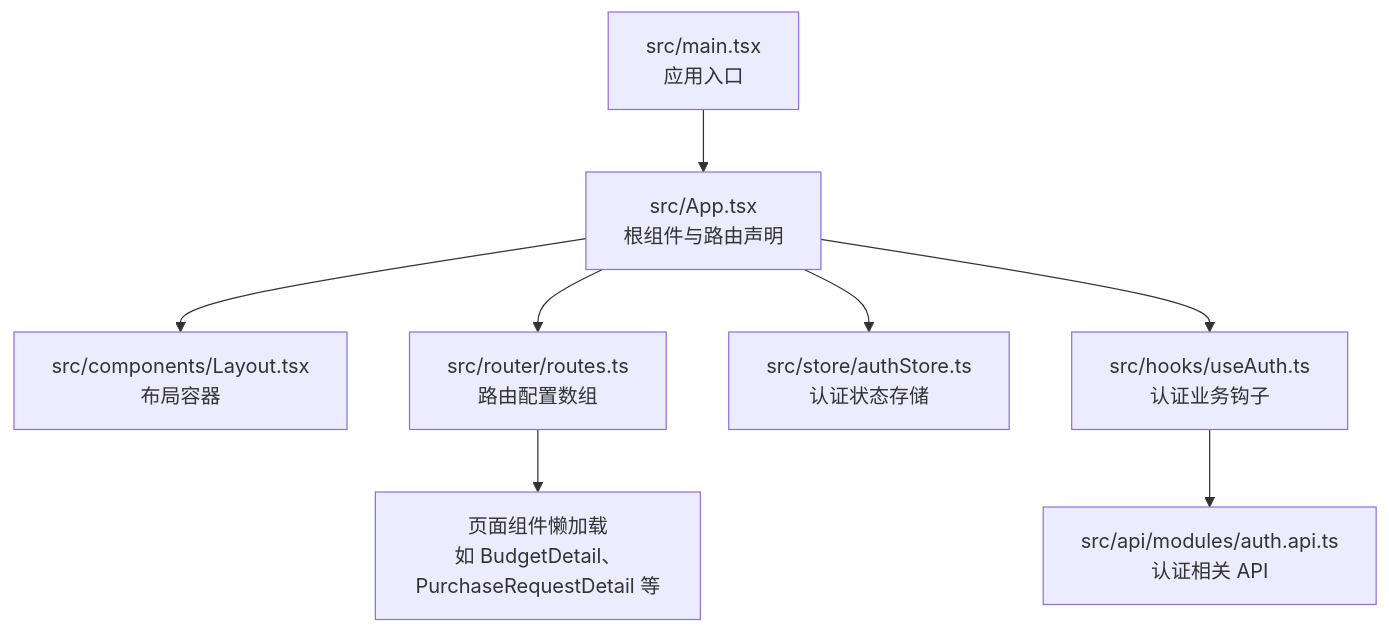
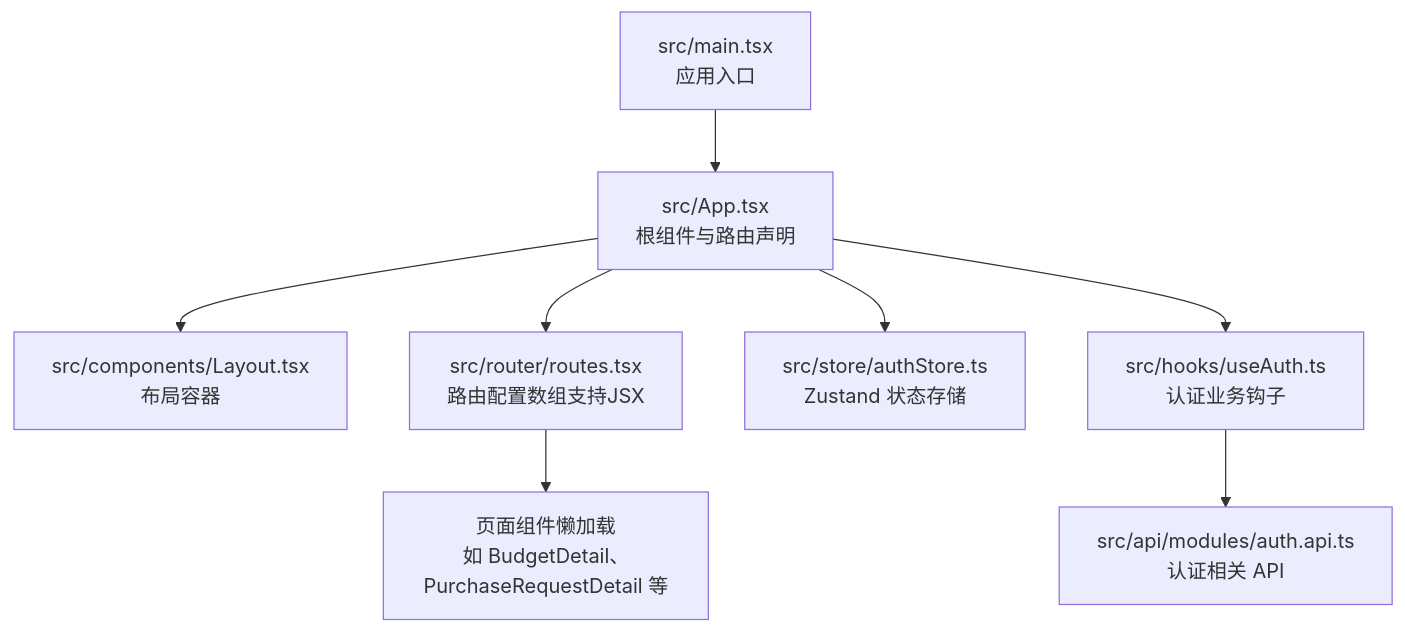
The first of 10 diagrams in .qoder/repowiki/zh/content/前端架构/路由系统与页面导航.md (LouisFantansy/Budget_Mgt_Enterprise), drawn with Mermaid before and after one commit. The commit also changed other lines of this file and 4 other files, not shown here.

````diff
--- a/.qoder/repowiki/zh/content/前端架构/路由系统与页面导航.md
+++ b/.qoder/repowiki/zh/content/前端架构/路由系统与页面导航.md
@@ -46,10 +54,10 @@
 ```mermaid
 graph TB
 A["src/main.tsx<br/>应用入口"] --> B["src/App.tsx<br/>根组件与路由声明"]
 B --> C["src/components/Layout.tsx<br/>布局容器"]
-B --> D["src/router/routes.ts<br/>路由配置数组"]
+B --> D["src/router/routes.tsx<br/>路由配置数组支持JSX"]
 D --> E["页面组件懒加载<br/>如 BudgetDetail、PurchaseRequestDetail 等"]
-B --> F["src/store/authStore.ts<br/>认证状态存储"]
+B --> F["src/store/authStore.ts<br/>Zustand 状态存储"]
 B --> G["src/hooks/useAuth.ts<br/>认证业务钩子"]
 G --> H["src/api/modules/auth.api.ts<br/>认证相关 API"]
 ```
````
